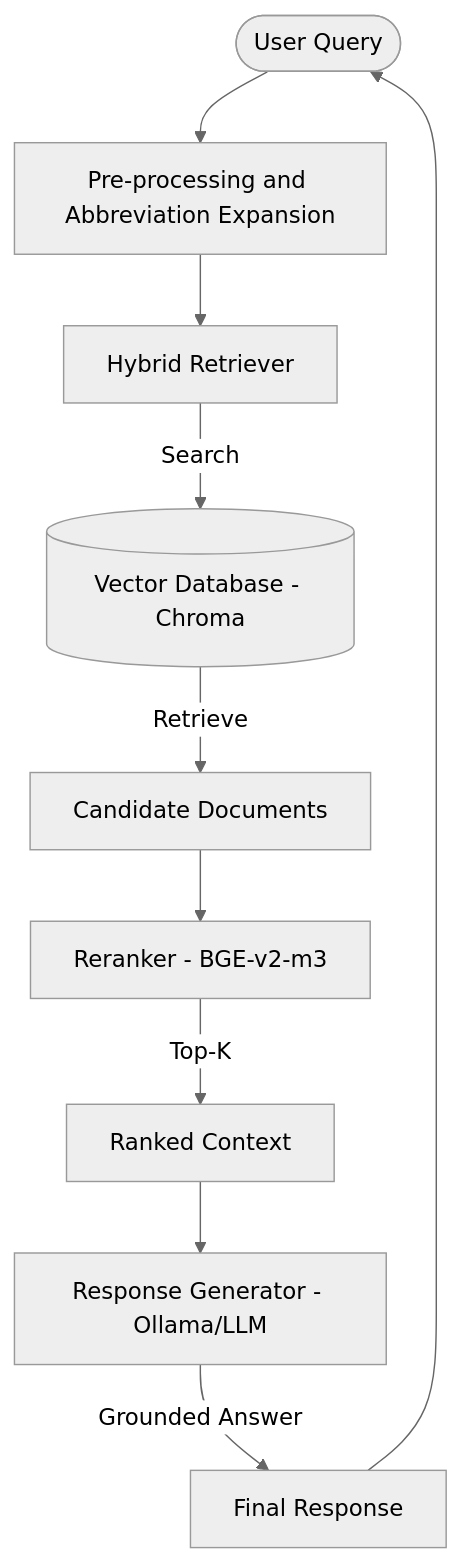
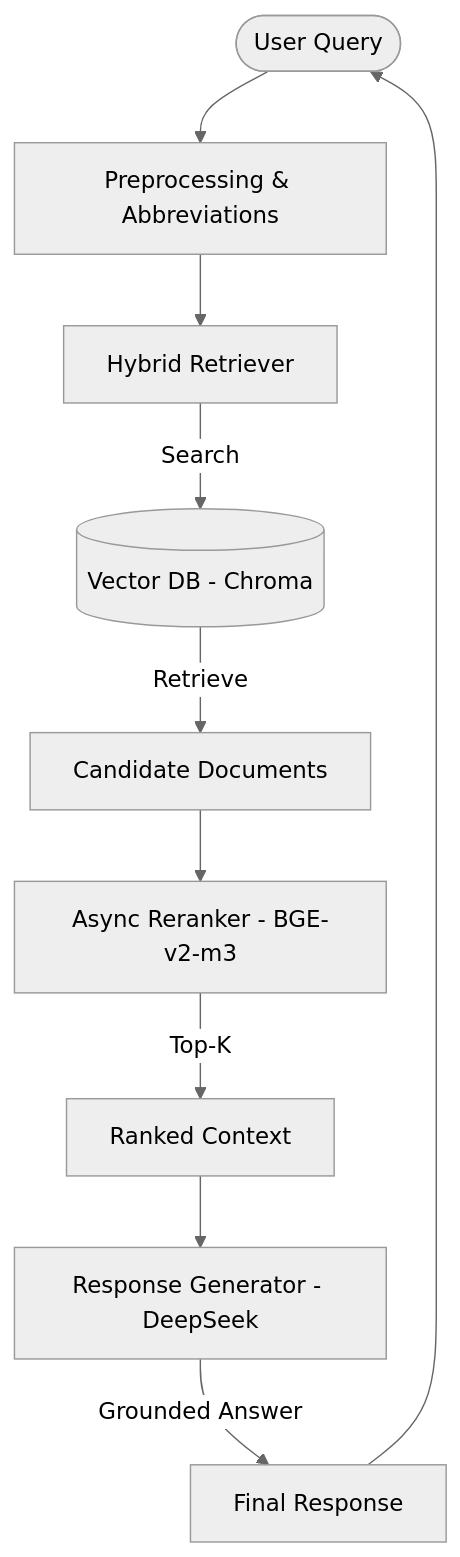
The diagram in README.md (DiamondHoang/University-academic-regulations-rag), drawn with Mermaid (neutral theme) before and after one commit. The commit also changed other lines of this file and 18 other files, not shown here.

````diff
--- a/README.md
+++ b/README.md
@@ -24,12 +26,12 @@
 ```mermaid
 graph TD
-    User([User Query]) --> Pre[Pre-processing and Abbreviation Expansion]
+    User([User Query]) --> Pre[Preprocessing & Abbreviations]
     Pre --> Ret[Hybrid Retriever]
-    Ret -->|Search| VDB[(Vector Database - Chroma)]
+    Ret -->|Search| VDB[(Vector DB - Chroma)]
     VDB -->|Retrieve| Docs[Candidate Documents]
-    Docs --> RR[Reranker - BGE-v2-m3]
+    Docs --> RR[Async Reranker - BGE-v2-m3]
     RR -->|Top-K| Context[Ranked Context]
-    Context --> Gen[Response Generator - Ollama/LLM]
+    Context --> Gen[Response Generator - DeepSeek]
     Gen -->|Grounded Answer| Ans[Final Response]
     Ans --> User
 ```
````
